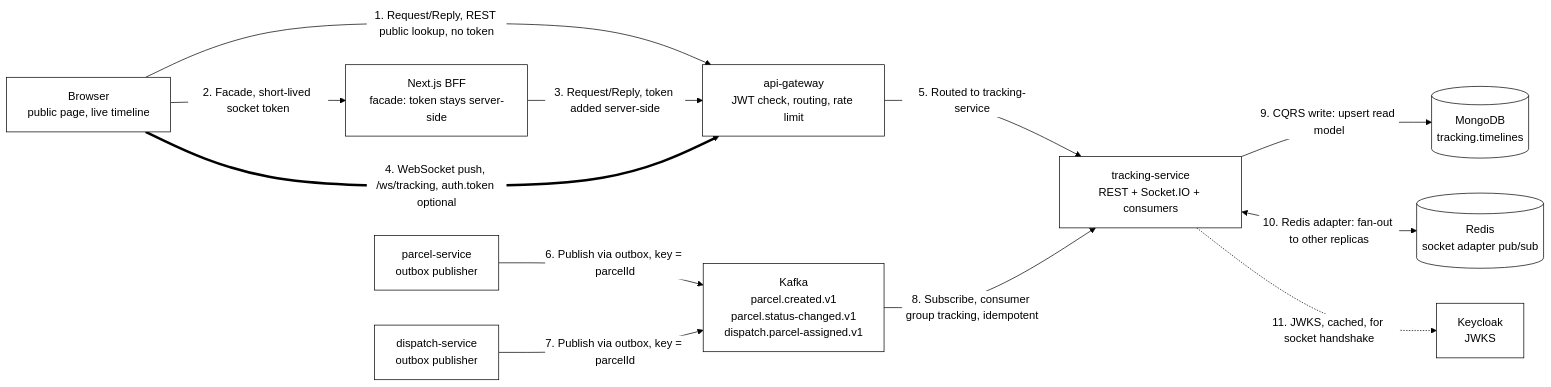
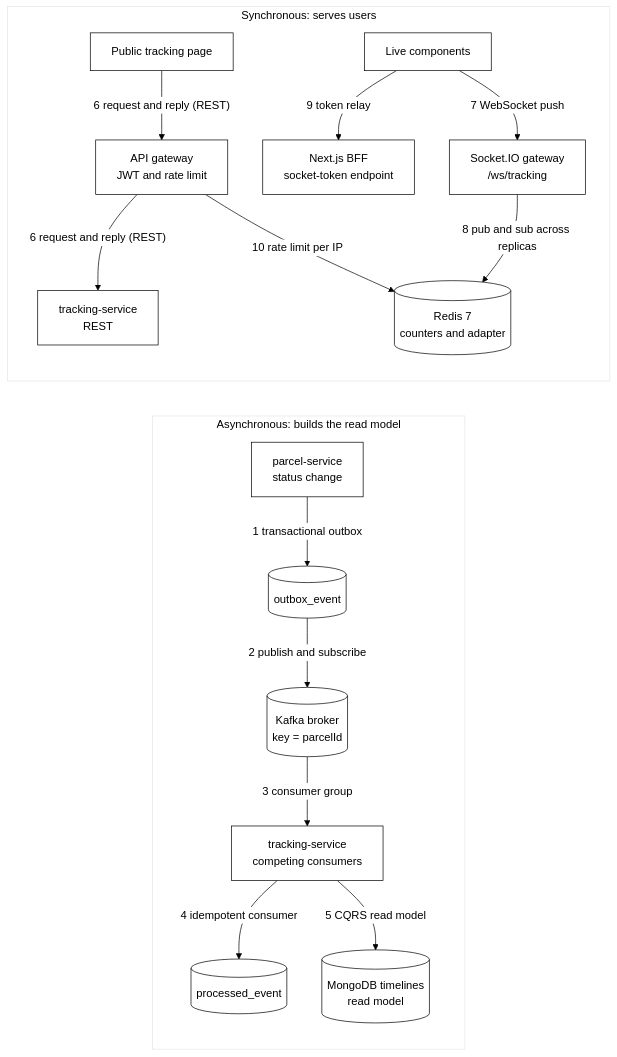
Before and after one commit to Pasidu-Mihiranga/SwiftDrop: the diagram in doc/diagrams/m6-real-time-tracking/integration-m6-tracking.mmd, drawn with Mermaid. The commit also changed 39 other files, not shown here.

First line of the commit message:
docs(m6): redraw real-time tracking diagrams in the M10 design style

```diff
--- a/doc/diagrams/m6-real-time-tracking/integration-m6-tracking.mmd
+++ b/doc/diagrams/m6-real-time-tracking/integration-m6-tracking.mmd
@@ -1,27 +1,32 @@
-%%{init: {"theme":"base","themeVariables":{"background":"#ffffff","mainBkg":"#ffffff","primaryColor":"#ffffff","primaryBorderColor":"#000000","primaryTextColor":"#000000","secondaryColor":"#f2f2f2","tertiaryColor":"#ffffff","lineColor":"#000000","textColor":"#000000","clusterBkg":"#ffffff","clusterBorder":"#000000","titleColor":"#000000","edgeLabelBackground":"#ffffff","fontFamily":"Arial, Helvetica, sans-serif"}}}%%
-%% M6 integration design: the integration patterns tracking-service uses and why.
-%% Two styles meet here: publish/subscribe for state changes (Kafka) and request/reply plus
-%% WebSocket push for the browser. Numbered steps match the labels in the README.
+%%{init: {"theme":"base","themeVariables":{"primaryColor":"#ffffff","primaryBorderColor":"#000000","primaryTextColor":"#000000","lineColor":"#000000","background":"#ffffff","fontFamily":"Arial"}}}%%
+%% M6 integration design. Numbers match the pattern table in README.md.
+%% Editable source for integration-m6-tracking.svg / .png.
 flowchart LR
-    BROWSER["Browser<br/>public page, live timeline"]
-    BFF["Next.js BFF<br/>facade: token stays server-side"]
-    GW["api-gateway<br/>JWT check, routing, rate limit"]
-    TS["tracking-service<br/>REST + Socket.IO + consumers"]
-    PARCEL["parcel-service<br/>outbox publisher"]
-    DISP["dispatch-service<br/>outbox publisher"]
-    K["Kafka<br/>parcel.created.v1<br/>parcel.status-changed.v1<br/>dispatch.parcel-assigned.v1"]
-    MG[("MongoDB<br/>tracking.timelines")]
-    RD[("Redis<br/>socket adapter pub/sub")]
-    KC["Keycloak<br/>JWKS"]
-
-    BROWSER -->|"1. Request/Reply, REST public lookup, no token"| GW
-    BROWSER -->|"2. Facade, short-lived socket token"| BFF
-    BFF -->|"3. Request/Reply, token added server-side"| GW
-    BROWSER ==>|"4. WebSocket push, /ws/tracking, auth.token optional"| GW
-    GW -->|"5. Routed to tracking-service"| TS
-    PARCEL -->|"6. Publish via outbox, key = parcelId"| K
-    DISP -->|"7. Publish via outbox, key = parcelId"| K
-    K -->|"8. Subscribe, consumer group tracking, idempotent"| TS
-    TS -->|"9. CQRS write: upsert read model"| MG
-    TS <-->|"10. Redis adapter: fan-out to other replicas"| RD
-    TS -.->|"11. JWKS, cached, for socket handshake"| KC
+    subgraph ASYNC["Asynchronous: builds the read model"]
+        PS["parcel-service<br/>status change"]
+        OB[("outbox_event")]
+        KB[("Kafka broker<br/>key = parcelId")]
+        TS["tracking-service<br/>competing consumers"]
+        PE[("processed_event")]
+        TL[("MongoDB timelines<br/>read model")]
+        PS -- "1 transactional outbox" --> OB
+        OB -- "2 publish and subscribe" --> KB
+        KB -- "3 consumer group" --> TS
+        TS -- "4 idempotent consumer" --> PE
+        TS -- "5 CQRS read model" --> TL
+    end
+    subgraph SYNC["Synchronous: serves users"]
+        PAGE["Public tracking page"]
+        GW["API gateway<br/>JWT and rate limit"]
+        TSR["tracking-service<br/>REST"]
+        LIVEC["Live components"]
+        BFF["Next.js BFF<br/>socket-token endpoint"]
+        SIO["Socket.IO gateway<br/>/ws/tracking"]
+        RD[("Redis 7<br/>counters and adapter")]
+        PAGE -- "6 request and reply (REST)" --> GW
+        GW -- "6 request and reply (REST)" --> TSR
+        LIVEC -- "9 token relay" --> BFF
+        LIVEC -- "7 WebSocket push" --> SIO
+        SIO -- "8 pub and sub across replicas" --> RD
+        GW -- "10 rate limit per IP" --> RD
+    end
```
